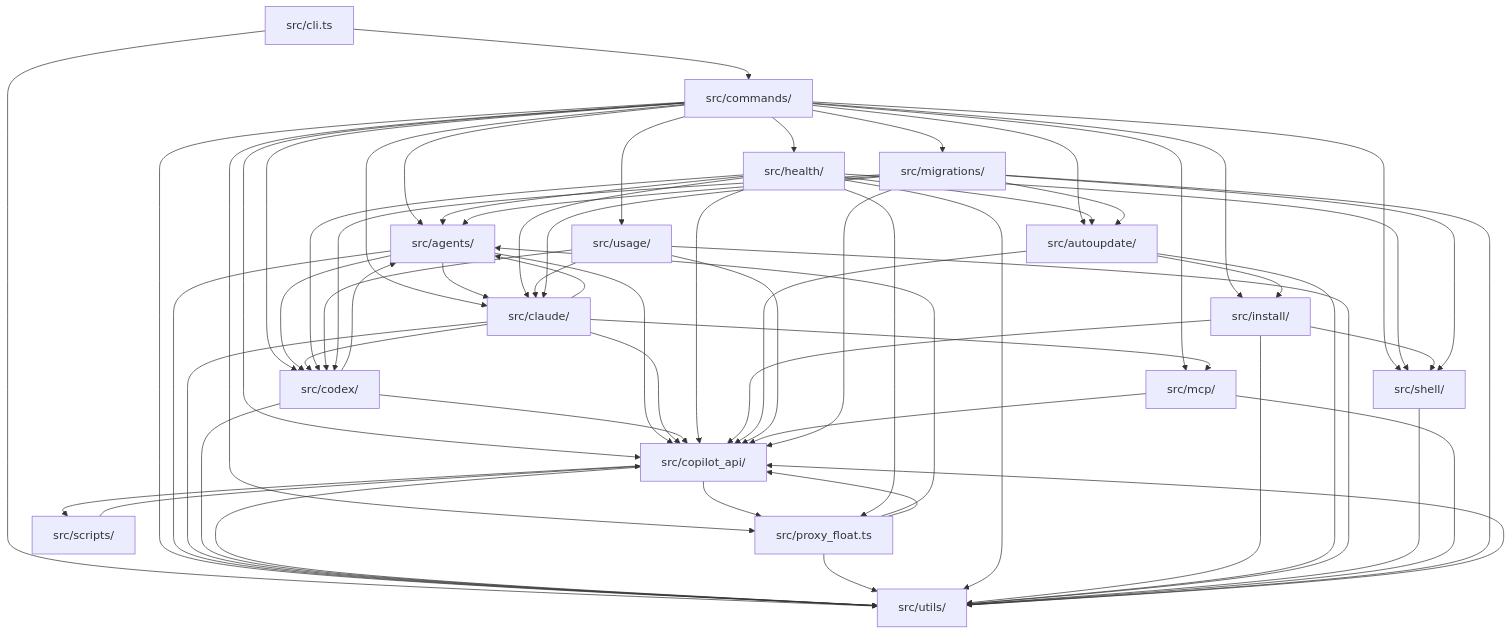
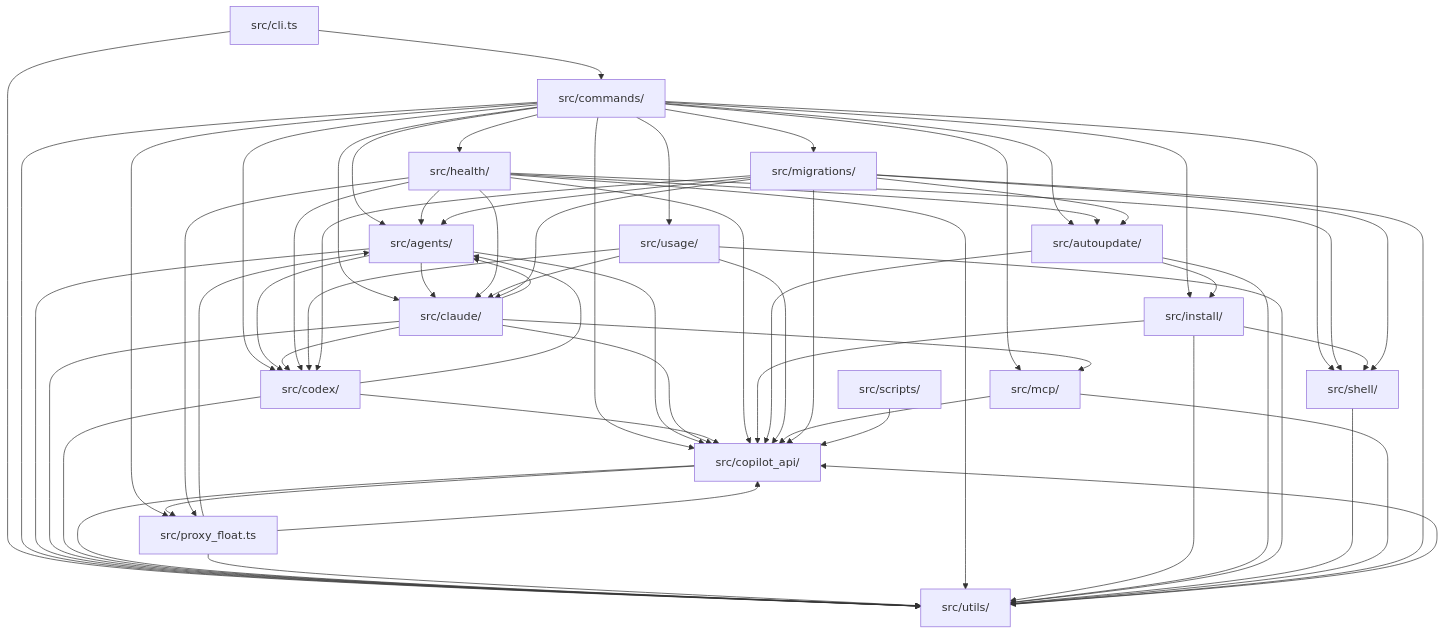
The eighth of 8 diagrams in docs/architecture.md (Vivswan/copilot-env), drawn with Mermaid before and after one commit. The commit also changed other lines of this file and 98 other files, not shown here.

Commit message:
refactor: drop unimported exports, move daemon_shutdown into copilot_api, fold the identity and direct-wiring duplicates (#362)

````diff
--- a/docs/architecture.md
+++ b/docs/architecture.md
@@ -296,82 +296,81 @@
 ```mermaid
 graph TD
   cli["src/cli.ts"]
   commands["src/commands/"]
   agents["src/agents/"]
   claude["src/claude/"]
   codex["src/codex/"]
   copilot_api["src/copilot_api/"]
   proxy_float["src/proxy_float.ts"]
   health["src/health/"]
   install["src/install/"]
   autoupdate["src/autoupdate/"]
   usage["src/usage/"]
   shell["src/shell/"]
   mcp["src/mcp/"]
   migrations["src/migrations/"]
   scripts["src/scripts/"]
   utils["src/utils/"]
   cli --> commands
   cli --> utils
   commands --> agents
   commands --> autoupdate
   commands --> claude
   commands --> codex
   commands --> copilot_api
   commands --> health
   commands --> install
   commands --> mcp
   commands --> migrations
   commands --> proxy_float
   commands --> shell
   commands --> usage
   commands --> utils
   agents --> claude
   agents --> codex
   agents --> copilot_api
   agents --> utils
   claude --> agents
   claude --> codex
   claude --> copilot_api
   claude --> mcp
   claude --> utils
   codex --> agents
   codex --> copilot_api
   codex --> utils
   copilot_api --> proxy_float
-  copilot_api --> scripts
   copilot_api --> utils
   proxy_float --> agents
   proxy_float --> copilot_api
   proxy_float --> utils
   health --> agents
   health --> autoupdate
   health --> claude
   health --> codex
   health --> copilot_api
   health --> proxy_float
   health --> shell
   health --> utils
   install --> copilot_api
   install --> shell
   install --> utils
   autoupdate --> copilot_api
   autoupdate --> install
   autoupdate --> utils
   usage --> claude
   usage --> codex
   usage --> copilot_api
   usage --> utils
   shell --> utils
   mcp --> copilot_api
   mcp --> utils
   migrations --> agents
   migrations --> autoupdate
   migrations --> claude
   migrations --> codex
   migrations --> copilot_api
   migrations --> shell
   migrations --> utils
   scripts --> copilot_api
   utils --> copilot_api
 ```
````
